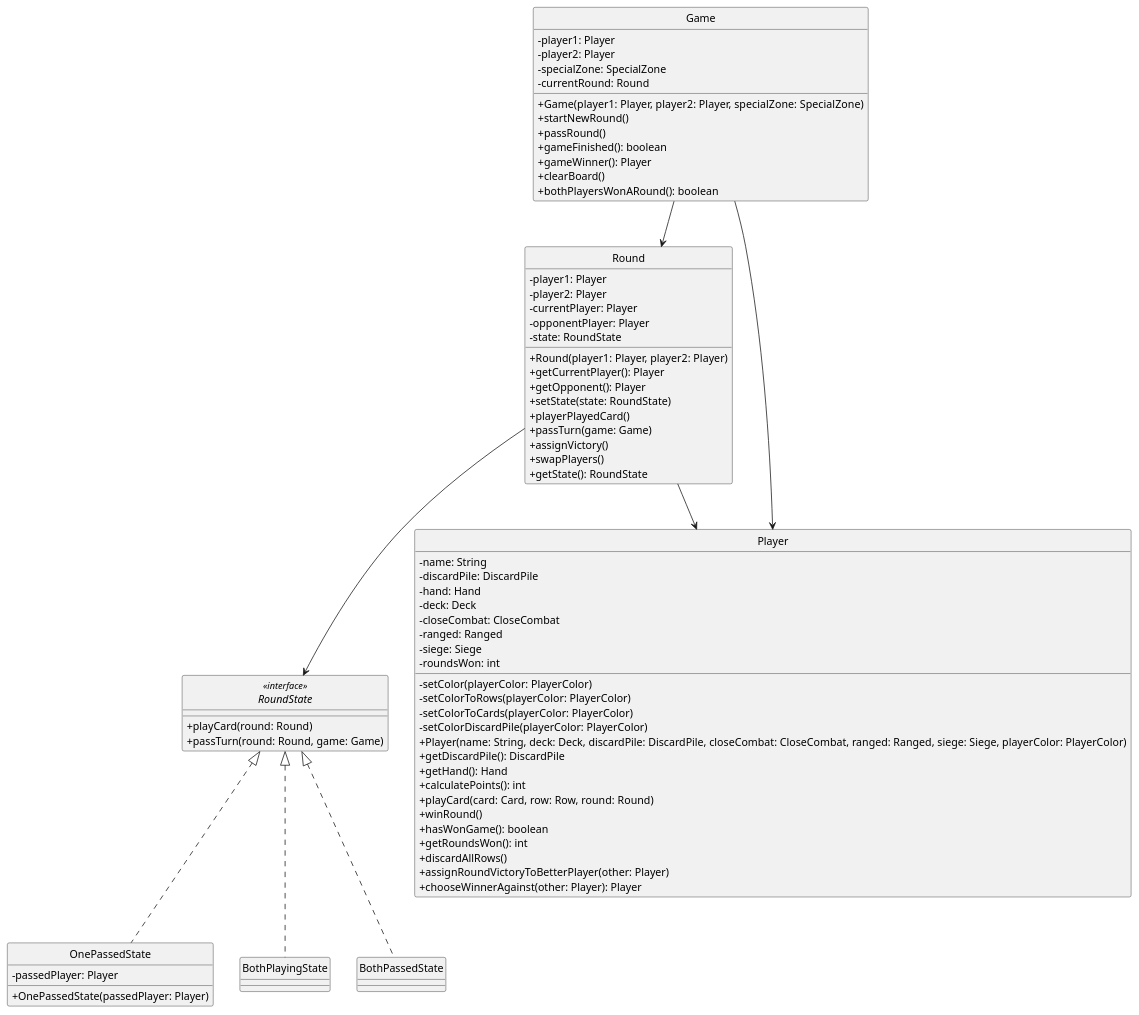
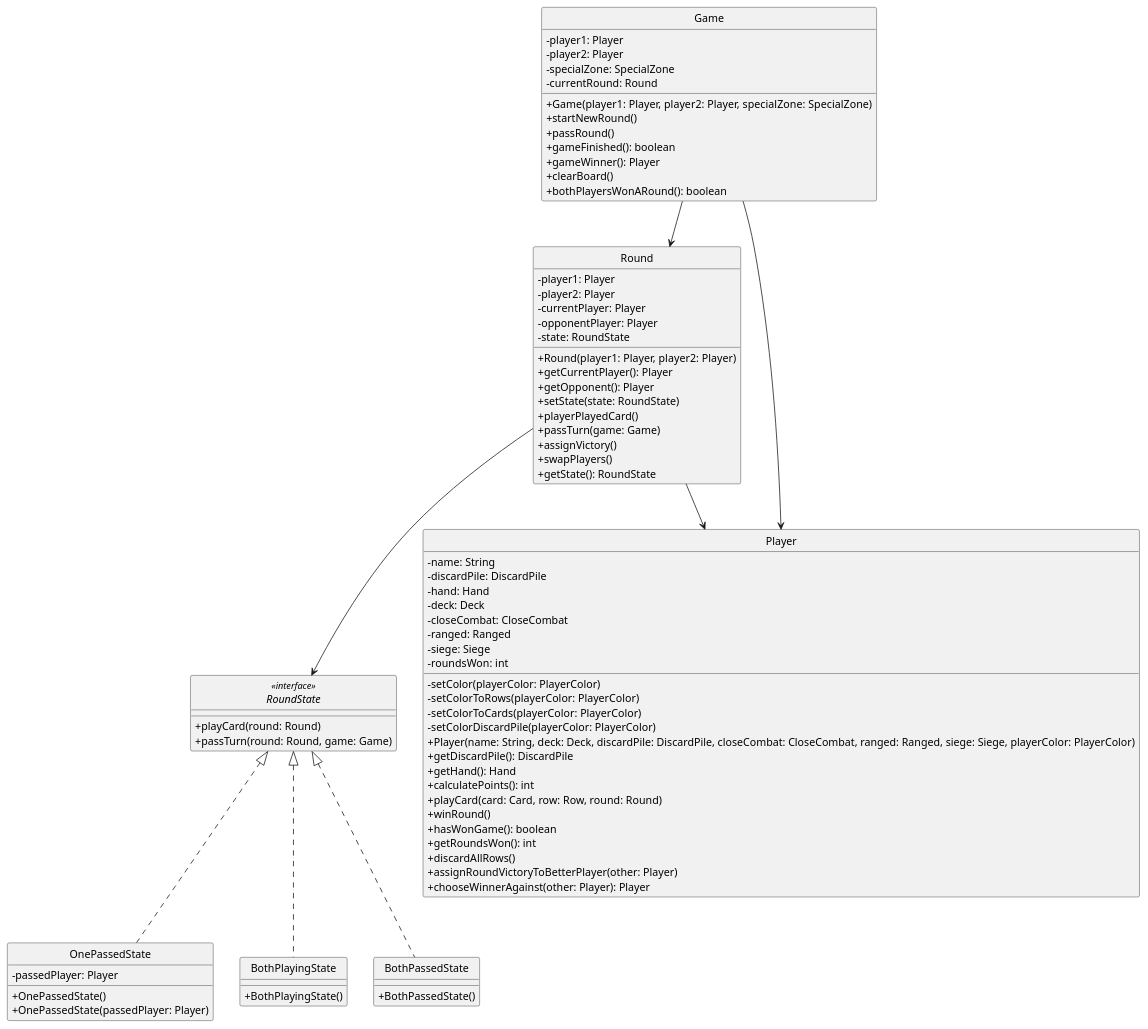
The diagram in diagrams/classes/turnManagement.puml (Yonhir/algo3_proyecto_base_tp2), drawn with PlantUML before and after one commit. The commit also changed 1 other file, not shown here.

```diff
--- a/diagrams/classes/turnManagement.puml
+++ b/diagrams/classes/turnManagement.puml
@@ -1,89 +1,93 @@
 @startuml
 skinparam monochrome true
 hide circle
 skinparam classAttributeIconSize 0
 
   interface RoundState <<interface>> {
     +playCard(round: Round)
     +passTurn(round: Round, game: Game)
   }
 
   class Round {
     -player1: Player
     -player2: Player
     -currentPlayer: Player
     -opponentPlayer: Player
     -state: RoundState
     +Round(player1: Player, player2: Player)
     +getCurrentPlayer(): Player
     +getOpponent(): Player
     +setState(state: RoundState)
     +playerPlayedCard()
     +passTurn(game: Game)
     +assignVictory()
     +swapPlayers()
     +getState(): RoundState
   }
 
   class Player {
     -name: String
     -discardPile: DiscardPile
     -hand: Hand
     -deck: Deck
     -closeCombat: CloseCombat
     -ranged: Ranged
     -siege: Siege
     -roundsWon: int
     -setColor(playerColor: PlayerColor)
     -setColorToRows(playerColor: PlayerColor)
     -setColorToCards(playerColor: PlayerColor)
     -setColorDiscardPile(playerColor: PlayerColor)
     +Player(name: String, deck: Deck, discardPile: DiscardPile, closeCombat: CloseCombat, ranged: Ranged, siege: Siege, playerColor: PlayerColor)
     +getDiscardPile(): DiscardPile
     +getHand(): Hand
     +calculatePoints(): int
     +playCard(card: Card, row: Row, round: Round)
     +winRound()
     +hasWonGame(): boolean
     +getRoundsWon(): int
     +discardAllRows()
     +assignRoundVictoryToBetterPlayer(other: Player)
     +chooseWinnerAgainst(other: Player): Player
   }
 
   class Game {
     -player1: Player
     -player2: Player
     -specialZone: SpecialZone
     -currentRound: Round
     +Game(player1: Player, player2: Player, specialZone: SpecialZone)
     +startNewRound()
     +passRound()
     +gameFinished(): boolean
     +gameWinner(): Player
     +clearBoard()
     +bothPlayersWonARound(): boolean
   }
 
   class OnePassedState {
     -passedPlayer: Player
+    +OnePassedState()
     +OnePassedState(passedPlayer: Player)
   }
 
   class BothPlayingState {
+  +BothPlayingState()
   }
 
   class BothPassedState {
+  +BothPassedState()
   }
 
   ' Relaciones de implementación
   RoundState <|.. OnePassedState
   RoundState <|.. BothPlayingState
   RoundState <|.. BothPassedState
 
   ' Relaciones de asociación
   Round --> RoundState
   Round --> Player
   Game --> Player
   Game --> Round
+
 @enduml
```
